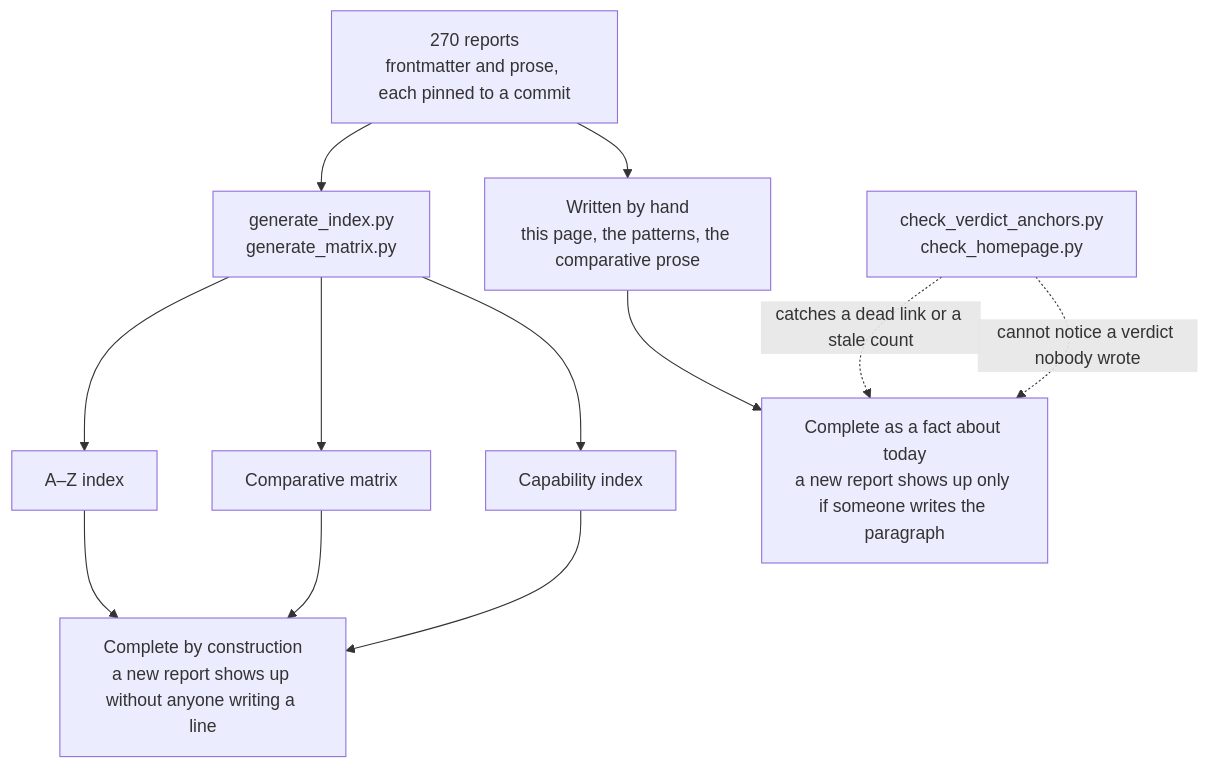
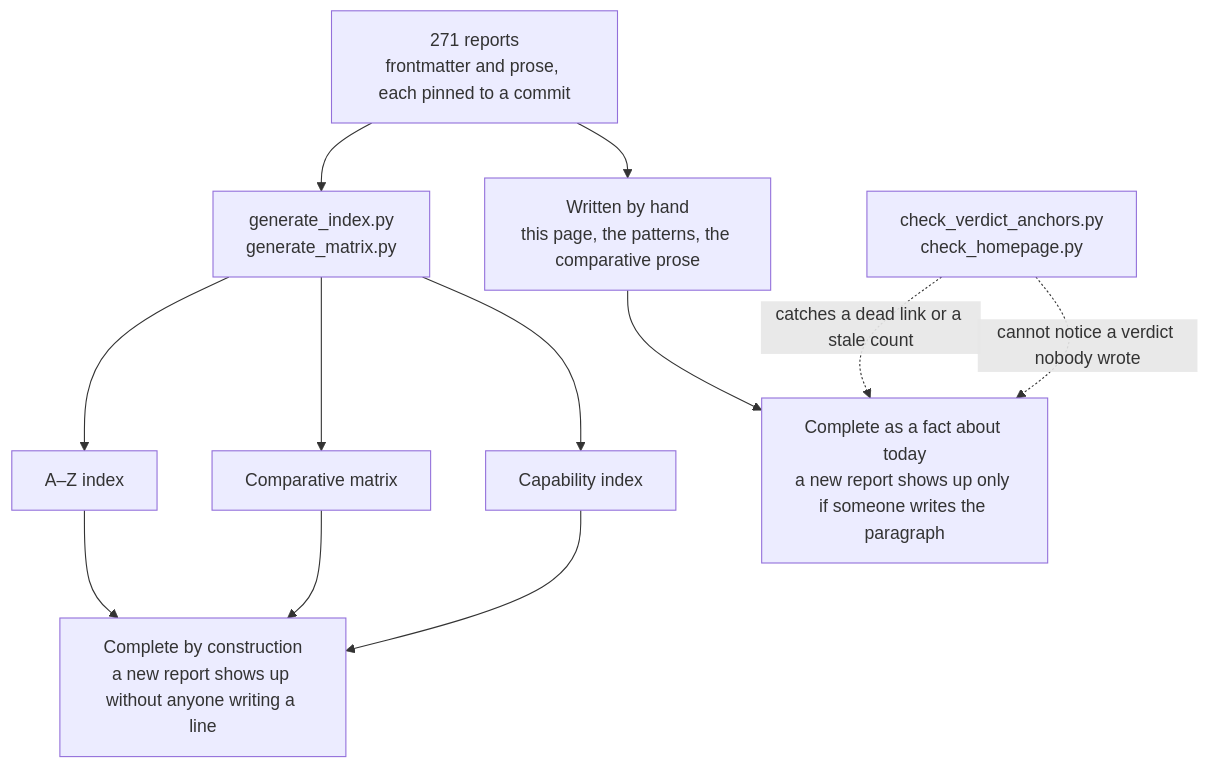
Before and after one commit to neoneye/agent-memory-atlas: the diagram in content/verdicts.md, drawn with Mermaid. The commit also changed other lines of this file and 21 other files, not shown here.

````diff
--- a/content/verdicts.md
+++ b/content/verdicts.md
@@ -40,15 +40,15 @@
 ```mermaid
 flowchart TD
-    R["270 reports<br/>frontmatter and prose, each pinned to a commit"]
+    R["271 reports<br/>frontmatter and prose, each pinned to a commit"]
     R --> GEN["generate_index.py<br/>generate_matrix.py"]
     R --> HAND["Written by hand<br/>this page, the patterns, the comparative prose"]
     GEN --> AZ["A–Z index"]
     GEN --> MX["Comparative matrix"]
     GEN --> CI["Capability index"]
     AZ --> CONST["Complete by construction<br/>a new report shows up without anyone writing a line"]
     MX --> CONST
     CI --> CONST
     HAND --> TODAY["Complete as a fact about today<br/>a new report shows up only if someone writes the paragraph"]
     CHK["check_verdict_anchors.py<br/>check_homepage.py"] -.->|"catches a dead link or a stale count"| TODAY
     CHK -.->|"cannot notice a verdict nobody wrote"| TODAY
 ```
````
